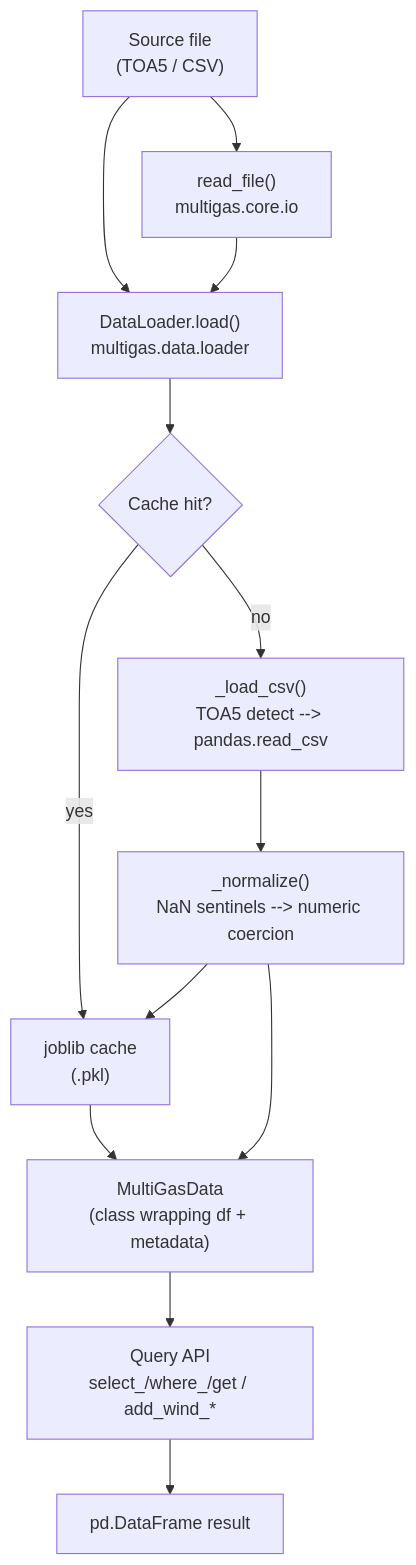
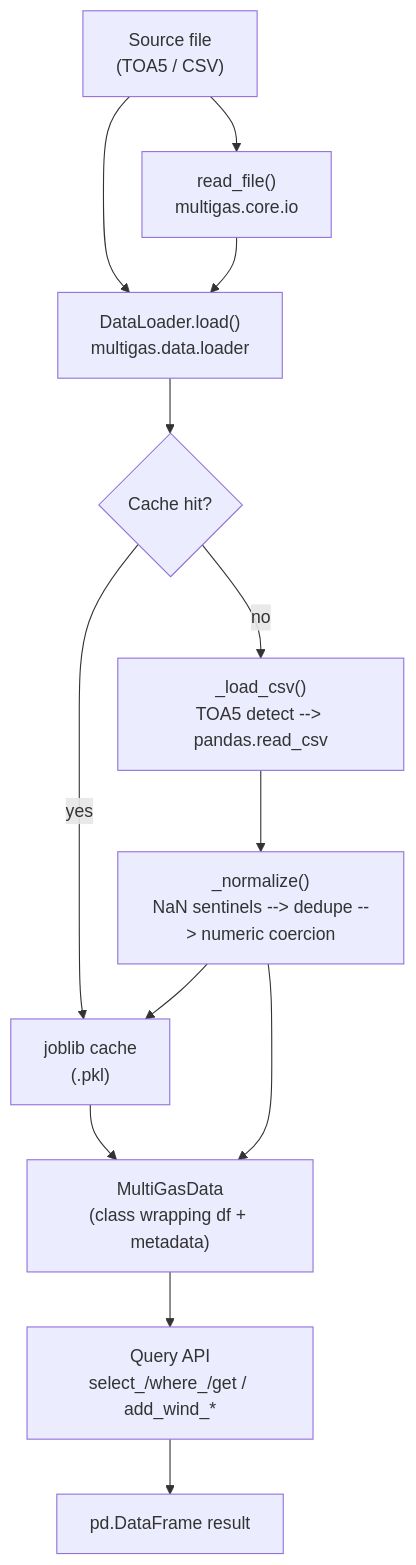
One commit to martanto/multigas changed the diagram in wiki/Home.md. Above: the diagram before and after it, drawn with Mermaid. The commit also changed other lines of this file and 2 other files, not shown here.

````diff
--- a/wiki/Home.md
+++ b/wiki/Home.md
@@ -73,15 +73,15 @@
 ```mermaid
 flowchart TD
     A["Source file<br/>(TOA5 / CSV)"] --> B["read_file()<br/>multigas.core.io"]
     A --> C["DataLoader.load()<br/>multigas.data.loader"]
     B --> C
     C --> D{Cache hit?}
     D -->|yes| E["joblib cache<br/>(.pkl)"]
     D -->|no| F["_load_csv()<br/>TOA5 detect --> pandas.read_csv"]
-    F --> G["_normalize()<br/>NaN sentinels --> numeric coercion"]
+    F --> G["_normalize()<br/>NaN sentinels --> dedupe --> numeric coercion"]
     G --> E
     E --> H["MultiGasData<br/>(class wrapping df + metadata)"]
     G --> H
     H --> I["Query API<br/>select_/where_/get / add_wind_*"]
     I --> J["pd.DataFrame result"]
 ```
````
